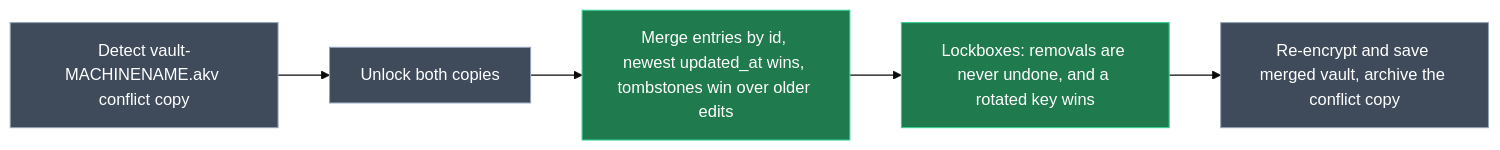
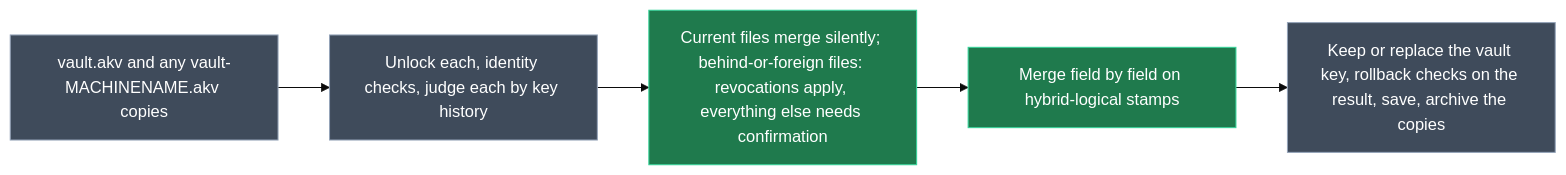
Before and after one commit to dandrejvv/ApiKeyVault: the fourth of 5 diagrams in intent/.plans/2026-10-05-apikeyvault-cryptography-persistence-des.md, drawn with Mermaid (base theme). The commit also changed other lines of this file, not shown here.

First line of the commit message:
Harden ApiKeyVault design plan against look-alike vaults and former owners with key history, identity tags and vault key rotation

````diff
--- a/intent/.plans/2026-10-05-apikeyvault-cryptography-persistence-des.md
+++ b/intent/.plans/2026-10-05-apikeyvault-cryptography-persistence-des.md
@@ -275,9 +341,9 @@
 ```mermaid
 flowchart LR
   classDef existing fill:#3f4b5b,stroke:#94a3b8,color:#ffffff
   classDef added fill:#1f7a4d,stroke:#34d399,color:#ffffff
-  A[Detect vault-MACHINENAME.akv conflict copy]:::existing --> B[Unlock both copies]:::existing
-  B --> C[Merge entries by id, newest updated_at wins, tombstones win over older edits]:::added
-  C --> D[Lockboxes: removals are never undone, and a rotated key wins]:::added
-  D --> E[Re-encrypt and save merged vault, archive the conflict copy]:::existing
+  A[vault.akv and any vault-MACHINENAME.akv copies]:::existing --> B[Unlock each, identity checks, judge each by key history]:::existing
+  B --> C[Current files merge silently; behind-or-foreign files: revocations apply, everything else needs confirmation]:::added
+  C --> D[Merge field by field on hybrid-logical stamps]:::added
+  D --> E[Keep or replace the vault key, rollback checks on the result, save, archive the copies]:::existing
 ```
````
